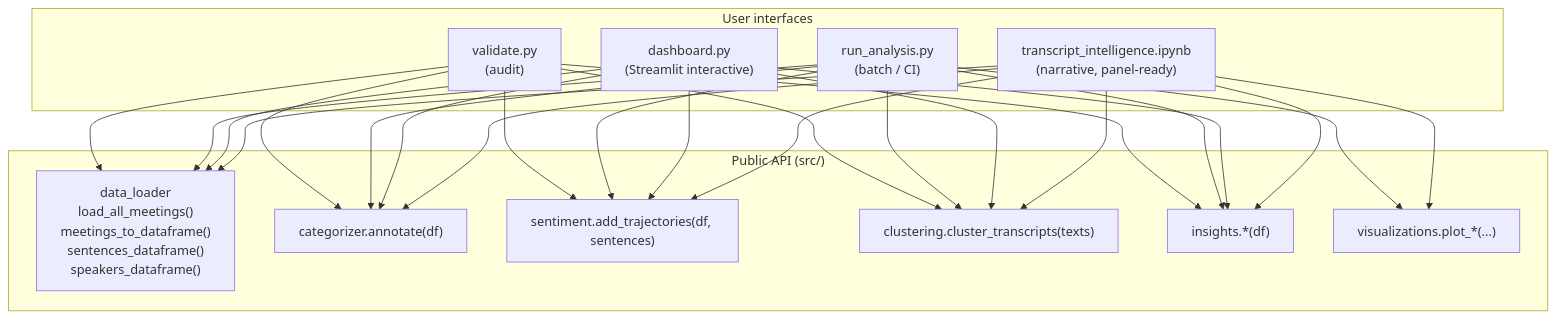
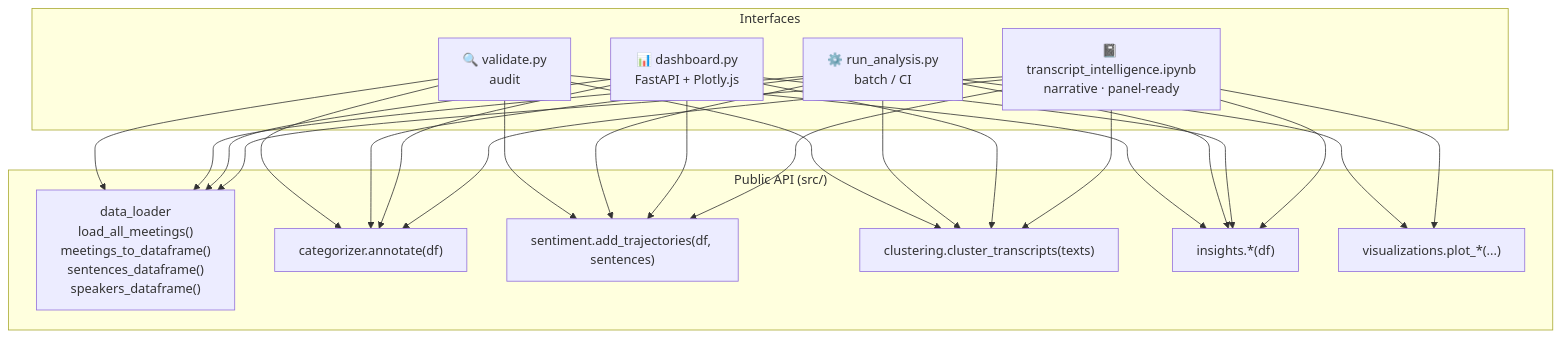
One commit to r2st/rubrik changed the fifth of 6 diagrams in docs/ARCHITECTURE.md. Above: the diagram before and after it, drawn with Mermaid. The commit also changed other lines of this file and 6 other files, not shown here.

````diff
--- a/docs/ARCHITECTURE.md
+++ b/docs/ARCHITECTURE.md
@@ -215,44 +202,41 @@
 ```mermaid
 flowchart TB
-    subgraph "User interfaces"
-        UI1["transcript_intelligence.ipynb<br/>(narrative, panel-ready)"]
-        UI2["dashboard.py<br/>(Streamlit interactive)"]
-        UI3["run_analysis.py<br/>(batch / CI)"]
-        UI4["validate.py<br/>(audit)"]
+    subgraph Interfaces
+        UI1["📓 transcript_intelligence.ipynb<br/>narrative · panel-ready"]
+        UI2["📊 dashboard.py<br/>FastAPI + Plotly.js"]
+        UI3["⚙️ run_analysis.py<br/>batch / CI"]
+        UI4["🔍 validate.py<br/>audit"]
     end
 
     subgraph "Public API (src/)"
         API1["data_loader<br/>load_all_meetings()<br/>meetings_to_dataframe()<br/>sentences_dataframe()<br/>speakers_dataframe()"]
         API2["categorizer.annotate(df)"]
         API3["sentiment.add_trajectories(df, sentences)"]
         API4["clustering.cluster_transcripts(texts)"]
         API5["insights.*(df)"]
         API6["visualizations.plot_*(...)"]
     end
 
     UI1 --> API1
     UI1 --> API2
     UI1 --> API3
     UI1 --> API4
     UI1 --> API5
     UI1 --> API6
-
     UI2 --> API1
     UI2 --> API2
     UI2 --> API3
     UI2 --> API4
     UI2 --> API5
-
     UI3 --> API1
     UI3 --> API2
     UI3 --> API3
     UI3 --> API4
     UI3 --> API5
     UI3 --> API6
-
     UI4 --> API1
     UI4 --> API2
     UI4 --> API3
     UI4 --> API4
     UI4 --> API5
 ```
````
